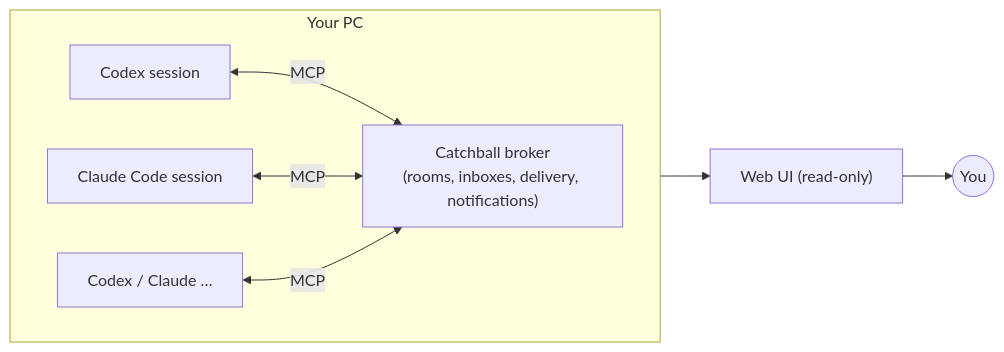
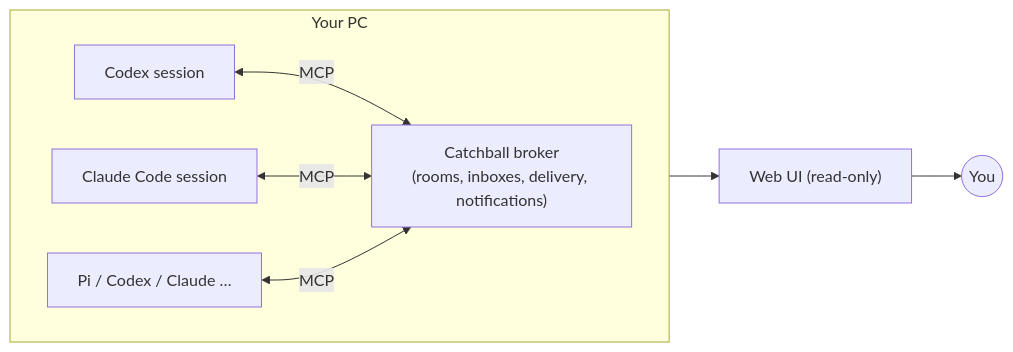
Before and after one commit to Ramo-Inc/Catchball: the diagram in README.en.md, drawn with Mermaid. The commit also changed other lines of this file and 17 other files, not shown here.

First line of the commit message:
feat: Pi（pi-coding-agent）を Codex・Claude と同じ使い方で参加させる（D-020）

````diff
--- a/README.en.md
+++ b/README.en.md
@@ -24,15 +24,15 @@
 ```mermaid
 flowchart LR
   subgraph PC["Your PC"]
     direction LR
     A["Codex session"]
     B["Claude Code session"]
-    C["Codex / Claude …"]
+    C["Pi / Codex / Claude …"]
     BR["Catchball broker<br/>(rooms, inboxes, delivery, notifications)"]
     A <-- "MCP" --> BR
     B <-- "MCP" --> BR
     C <-- "MCP" --> BR
   end
   BR --> UI["Web UI (read-only)"]
   UI --> YOU(("You"))
 ```
````
